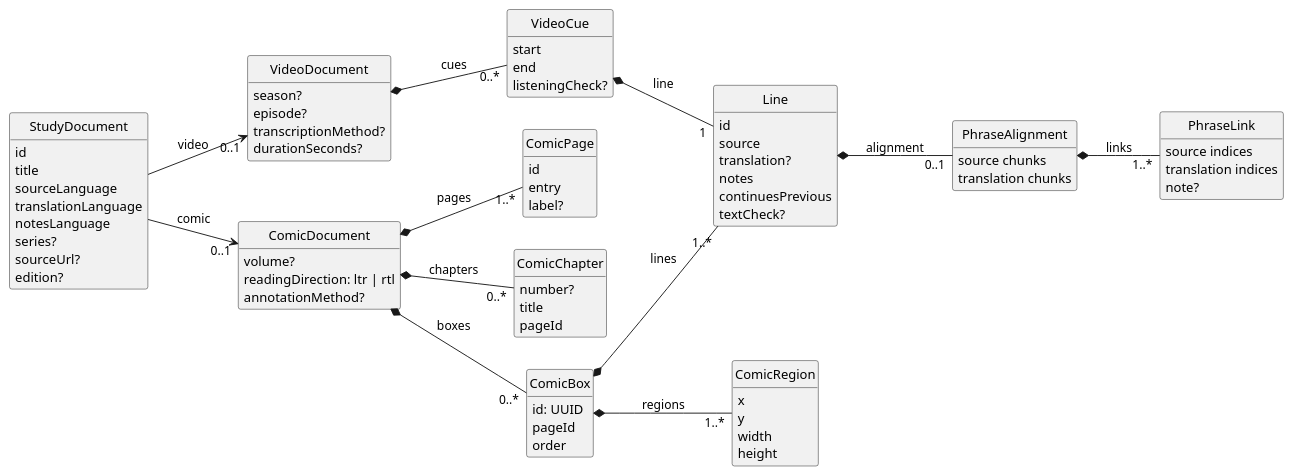
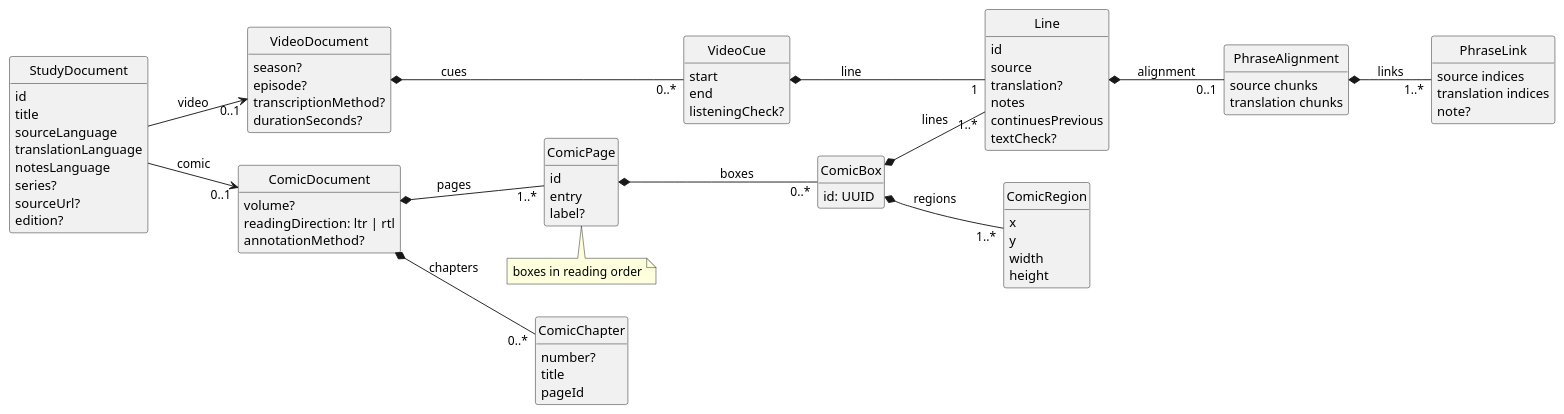
The diagram in docs/diagrams/document-model.puml (parkie213/petites-roues), drawn with PlantUML before and after one commit. The commit also changed 28 other files, not shown here.

First line of the commit message:
Nest comic boxes under their pages

```diff
--- a/docs/diagrams/document-model.puml
+++ b/docs/diagrams/document-model.puml
@@ -1,85 +1,84 @@
 @startuml
 hide methods
 hide circle
 skinparam shadowing false
 skinparam classAttributeIconSize 0
 skinparam defaultFontName sans-serif
 left to right direction
 
 class StudyDocument {
   id
   title
   sourceLanguage
   translationLanguage
   notesLanguage
   series?
   sourceUrl?
   edition?
 }
 class VideoDocument {
   season?
   episode?
   transcriptionMethod?
   durationSeconds?
 }
 class VideoCue {
   start
   end
   listeningCheck?
 }
 class ComicDocument {
   volume?
   readingDirection: ltr | rtl
   annotationMethod?
 }
 class ComicPage {
   id
   entry
   label?
 }
+note bottom of ComicPage : boxes in reading order
 class ComicChapter {
   number?
   title
   pageId
 }
 class ComicBox {
   id: UUID
-  pageId
-  order
 }
 class ComicRegion {
   x
   y
   width
   height
 }
 class Line {
   id
   source
   translation?
   notes
   continuesPrevious
   textCheck?
 }
 class PhraseAlignment {
   source chunks
   translation chunks
 }
 class PhraseLink {
   source indices
   translation indices
   note?
 }
 
 StudyDocument --> "0..1" VideoDocument : video
 StudyDocument --> "0..1" ComicDocument : comic
 VideoDocument *-- "0..*" VideoCue : cues
 VideoCue *-- "1" Line : line
 ComicDocument *-- "1..*" ComicPage : pages
 ComicDocument *-- "0..*" ComicChapter : chapters
-ComicDocument *-- "0..*" ComicBox : boxes
+ComicPage *-- "0..*" ComicBox : boxes
 ComicBox *-- "1..*" ComicRegion : regions
 ComicBox *-- "1..*" Line : lines
 Line *-- "0..1" PhraseAlignment : alignment
 PhraseAlignment *-- "1..*" PhraseLink : links
 @enduml
```
